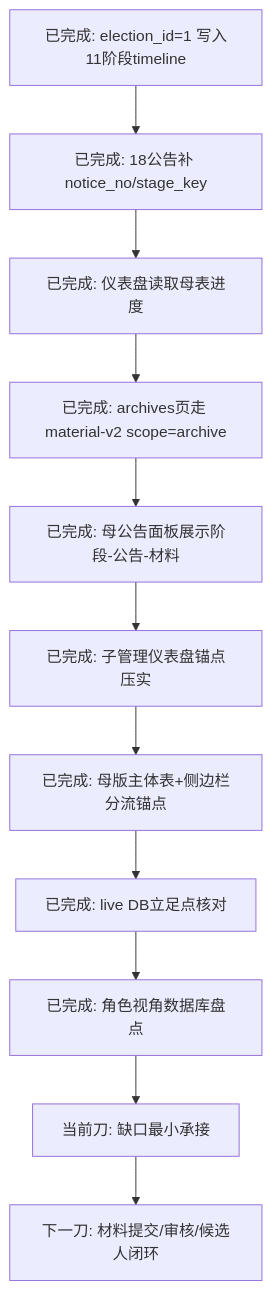
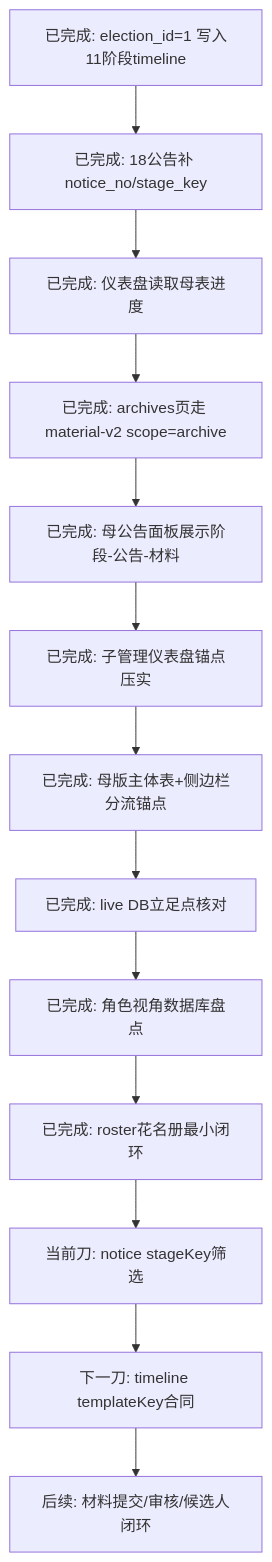
The third of 7 diagrams in 副船长的航海接力日志/当前接力图.md (4xiaxia/election-v2), drawn with Mermaid before and after one commit. The commit also changed other lines of this file and 11 other files, not shown here.

````diff
--- a/副船长的航海接力日志/当前接力图.md
+++ b/副船长的航海接力日志/当前接力图.md
@@ -39,13 +39,15 @@
 ```mermaid
 flowchart TD
     A[已完成: election_id=1 写入11阶段timeline] --> B[已完成: 18公告补 notice_no/stage_key]
     B --> C[已完成: 仪表盘读取母表进度]
     C --> D[已完成: archives页走 material-v2 scope=archive]
     D --> E[已完成: 母公告面板展示阶段-公告-材料]
     E --> F[已完成: 子管理仪表盘锚点压实]
     F --> G[已完成: 母版主体表+侧边栏分流锚点]
     G --> H[已完成: live DB立足点核对]
     H --> I[已完成: 角色视角数据库盘点]
-    I --> J[当前刀: 缺口最小承接]
-    J --> K[下一刀: 材料提交/审核/候选人闭环]
+    I --> J[已完成: roster花名册最小闭环]
+    J --> K[当前刀: notice stageKey筛选]
+    K --> L[下一刀: timeline templateKey合同]
+    L --> M[后续: 材料提交/审核/候选人闭环]
 ```
````
